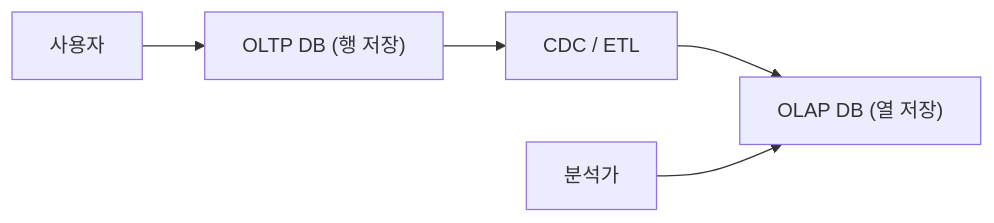
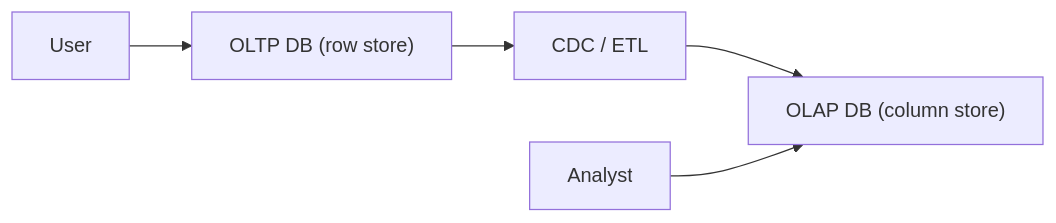
Before and after one commit to yeongseon-books/book-content: the diagram in content/data-warehouse-101/ko/02-oltp-and-olap.md, drawn with Mermaid. The commit also changed other lines of this file and 9 other files, not shown here.

````diff
--- a/content/data-warehouse-101/ko/02-oltp-and-olap.md
+++ b/content/data-warehouse-101/ko/02-oltp-and-olap.md
@@ -35,7 +53,7 @@
 ```mermaid
 flowchart LR
-    User["사용자"] --> OLTP["OLTP DB (행 저장)"]
+    User["User"] --> OLTP["OLTP DB (row store)"]
     OLTP --> CDC["CDC / ETL"]
-    CDC --> OLAP["OLAP DB (열 저장)"]
-    Analyst["분석가"] --> OLAP
+    CDC --> OLAP["OLAP DB (column store)"]
+    Analyst["Analyst"] --> OLAP
 ```
````
